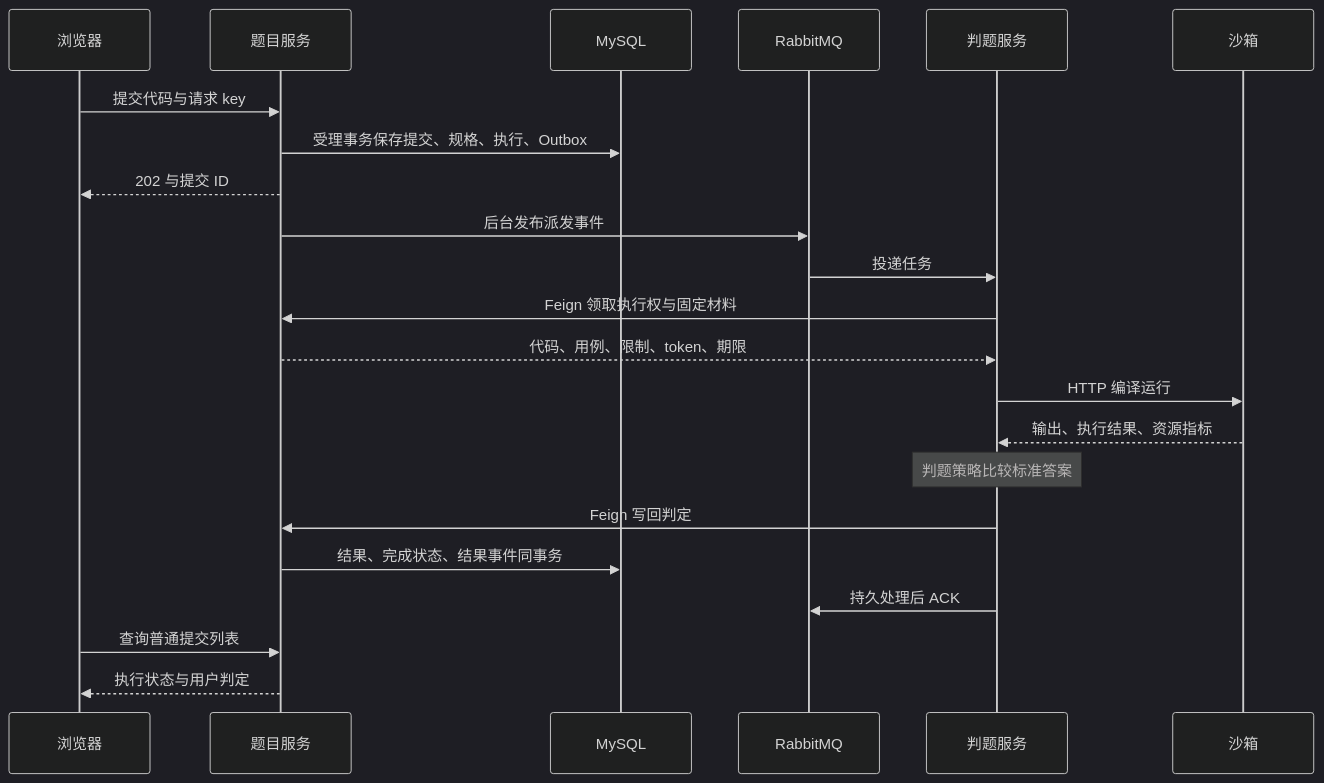
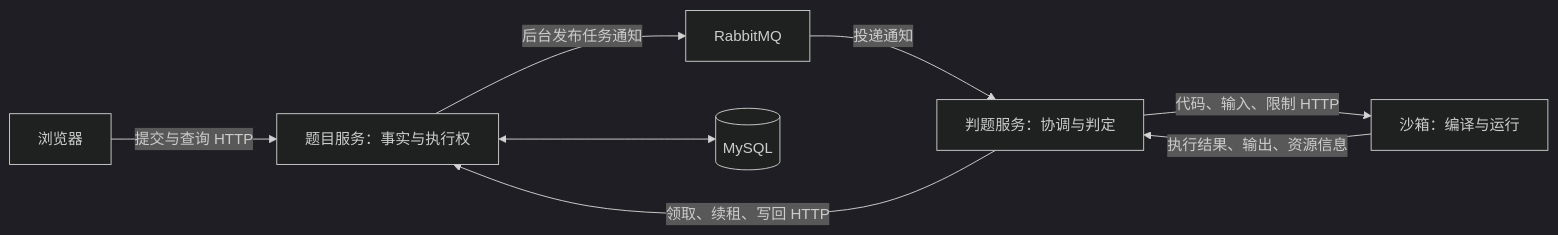
One commit to BreadLover-ZS/CodeOJ changed the diagram in docs/learning/02-提交与判题链路.md. Above: the diagram before and after it, drawn with Mermaid (dark theme). The commit also changed other lines of this file and 2 other files, not shown here.

````diff
--- a/docs/learning/02-提交与判题链路.md
+++ b/docs/learning/02-提交与判题链路.md
@@ -32,24 +40,10 @@
 ```mermaid
-sequenceDiagram
-    participant B as 浏览器
-    participant Q as 题目服务
-    participant D as MySQL
-    participant M as RabbitMQ
-    participant J as 判题服务
-    participant S as 沙箱
-    B->>Q: 提交代码与请求 key
-    Q->>D: 受理事务保存提交、规格、执行、Outbox
-    Q-->>B: 202 与提交 ID
-    Q->>M: 后台发布派发事件
-    M->>J: 投递任务
-    J->>Q: Feign 领取执行权与固定材料
-    Q-->>J: 代码、用例、限制、token、期限
-    J->>S: HTTP 编译运行
-    S-->>J: 输出、执行结果、资源指标
-    Note over J: 判题策略比较标准答案
-    J->>Q: Feign 写回判定
-    Q->>D: 结果、完成状态、结果事件同事务
-    J->>M: 持久处理后 ACK
-    B->>Q: 查询普通提交列表
-    Q-->>B: 执行状态与用户判定
+flowchart LR
+    B[浏览器] -->|提交与查询 HTTP| Q[题目服务：事实与执行权]
+    Q -->|后台发布任务通知| M[RabbitMQ]
+    M -->|投递通知| J[判题服务：协调与判定]
+    J -->|领取、续租、写回 HTTP| Q
+    J -->|代码、输入、限制 HTTP| S[沙箱：编译与运行]
+    S -->|执行结果、输出、资源信息| J
+    Q <--> D[(MySQL)]
 ```
````
